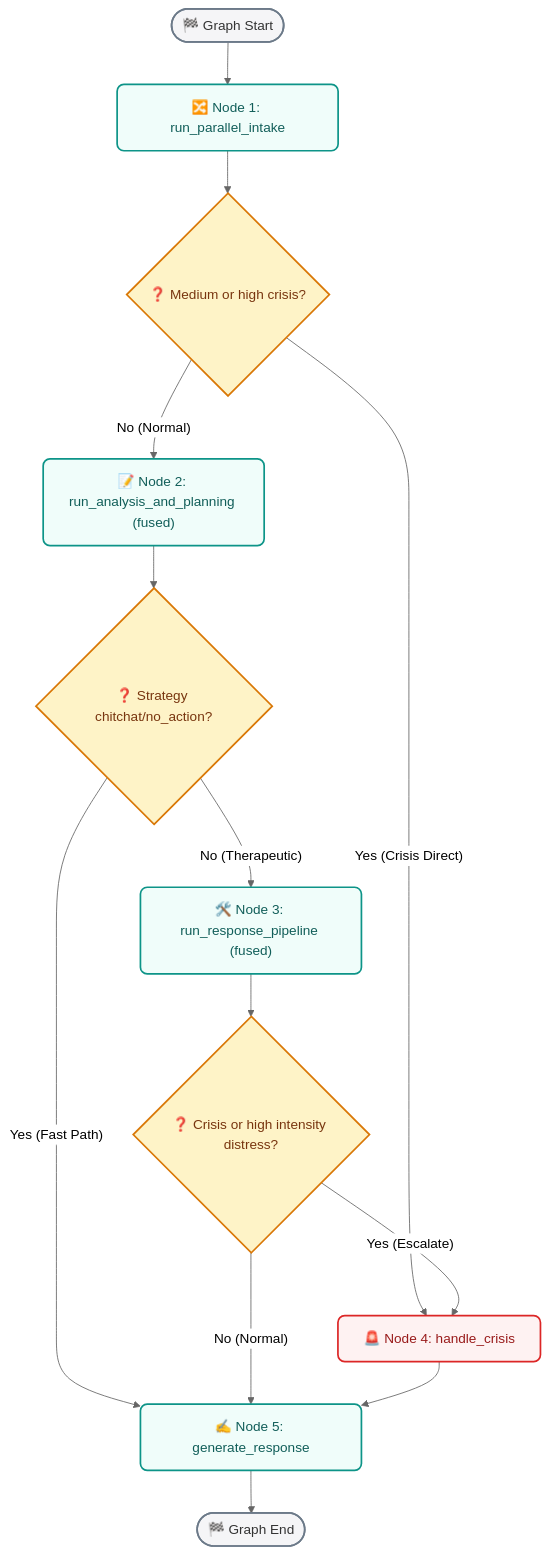
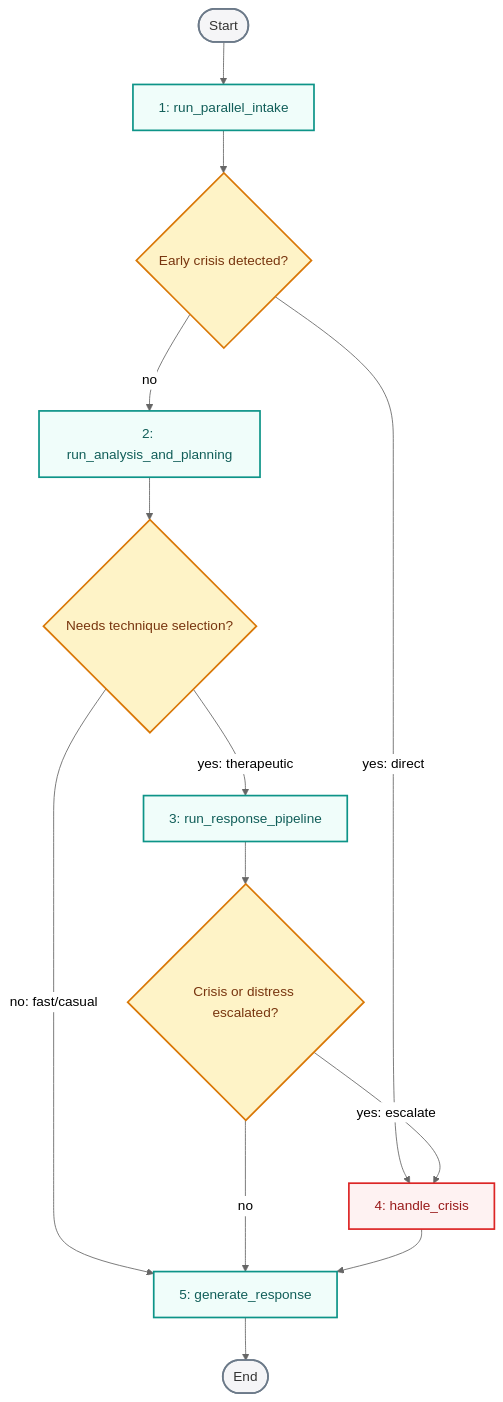
One commit to taha-mehmood-03/Personlaized-Trainer-Using-Agentic-AI changed the fifth of 20 diagrams in README.md. Above: the diagram before and after it, drawn with Mermaid (neutral theme). The commit also changed other lines of this file, not shown here.

````diff
--- a/README.md
+++ b/README.md
@@ -390,32 +432,27 @@
 ```mermaid
 flowchart TD
-    %% Class Definitions
-    classDef startend fill:#F5F5F7,stroke:#6C7A89,stroke-width:2px,color:#333,rx:20px,ry:20px;
-    classDef node fill:#F0FDFA,stroke:#0D9488,stroke-width:2px,color:#115E59,rx:8px,ry:8px;
+    classDef startend fill:#F5F5F7,stroke:#6C7A89,stroke-width:2px,color:#333;
+    classDef node fill:#F0FDFA,stroke:#0D9488,stroke-width:2px,color:#115E59;
     classDef decision fill:#FEF3C7,stroke:#D97706,stroke-width:2px,color:#78350F;
-    classDef crisis fill:#FEF2F2,stroke:#DC2626,stroke-width:2px,color:#991B1B,rx:8px,ry:8px;
+    classDef crisis fill:#FEF2F2,stroke:#DC2626,stroke-width:2px,color:#991B1B;
 
-    Start([🏁 Graph Start]):::startend
-    Intake["🔀 Node 1: run_parallel_intake"]:::node
-    IntakeRoute{"❓ Medium or high crisis?"}:::decision
-    Planning["📝 Node 2: run_analysis_and_planning (fused)"]:::node
-    PlanningRoute{"❓ Strategy chitchat/no_action?"}:::decision
-    Pipeline["🛠️ Node 3: run_response_pipeline (fused)"]:::node
-    PipelineRoute{"❓ Crisis or high intensity distress?"}:::decision
-    Crisis["🚨 Node 4: handle_crisis"]:::crisis
-    Response["✍️ Node 5: generate_response"]:::node
-    End([🏁 Graph End]):::startend
+    Start([Start]):::startend
+    Intake["1: run_parallel_intake"]:::node
+    CrisisGate{"Early crisis detected?"}:::decision
+    Planning["2: run_analysis_and_planning"]:::node
+    NeedsPipeline{"Needs technique selection?"}:::decision
+    Pipeline["3: run_response_pipeline"]:::node
+    PipelineCrisis{"Crisis or distress escalated?"}:::decision
+    Crisis["4: handle_crisis"]:::crisis
+    Response["5: generate_response"]:::node
+    End([End]):::startend
 
-    Start --> Intake
-    Intake --> IntakeRoute
-    IntakeRoute -- Yes (Crisis Direct) --> Crisis
-    IntakeRoute -- No (Normal) --> Planning
-    Planning --> PlanningRoute
-    PlanningRoute -- Yes (Fast Path) --> Response
-    PlanningRoute -- No (Therapeutic) --> Pipeline
-    Pipeline --> PipelineRoute
-    PipelineRoute -- Yes (Escalate) --> Crisis
-    PipelineRoute -- No (Normal) --> Response
-    Crisis --> Response
-    Response --> End
+    Start --> Intake --> CrisisGate
+    CrisisGate -- yes: direct --> Crisis
+    CrisisGate -- no --> Planning --> NeedsPipeline
+    NeedsPipeline -- no: fast/casual --> Response
+    NeedsPipeline -- yes: therapeutic --> Pipeline --> PipelineCrisis
+    PipelineCrisis -- yes: escalate --> Crisis
+    PipelineCrisis -- no --> Response
+    Crisis --> Response --> End
 ```
````
